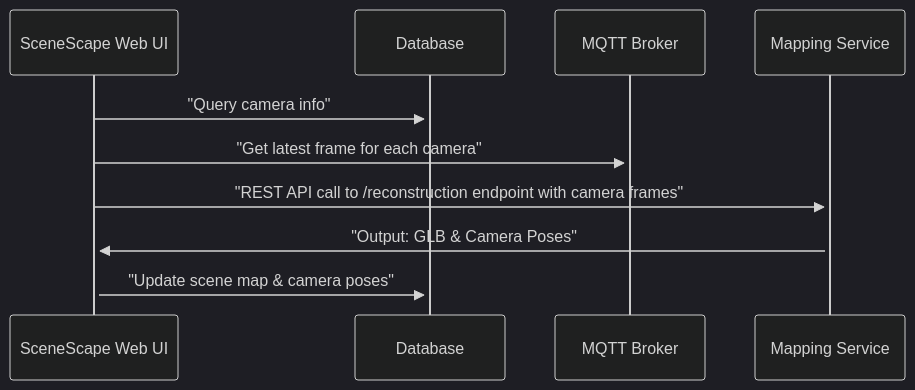
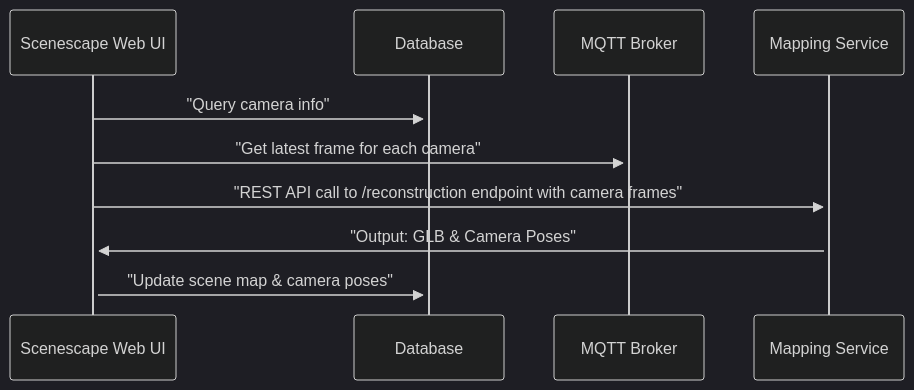
The diagram in docs/user-guide/microservices/mapping-service/mapping-service.md (open-edge-platform/scenescape), drawn with Mermaid (dark theme) before and after one commit. The commit also changed other lines of this file and 221 other files, not shown here.

````diff
--- a/docs/user-guide/microservices/mapping-service/mapping-service.md
+++ b/docs/user-guide/microservices/mapping-service/mapping-service.md
@@ -35,8 +35,8 @@
 ```mermaid
 sequenceDiagram
-    SceneScape Web UI ->>+Database: "Query camera info"
-    SceneScape Web UI ->>+MQTT Broker: "Get latest frame for each camera"
-    SceneScape Web UI ->>+Mapping Service: "REST API call to /reconstruction endpoint with camera frames"
-    Mapping Service ->>+SceneScape Web UI: "Output: GLB & Camera Poses"
-    SceneScape Web UI ->>+Database: "Update scene map & camera poses"
+    Scenescape Web UI ->>+Database: "Query camera info"
+    Scenescape Web UI ->>+MQTT Broker: "Get latest frame for each camera"
+    Scenescape Web UI ->>+Mapping Service: "REST API call to /reconstruction endpoint with camera frames"
+    Mapping Service ->>+Scenescape Web UI: "Output: GLB & Camera Poses"
+    Scenescape Web UI ->>+Database: "Update scene map & camera poses"
 ```
````
